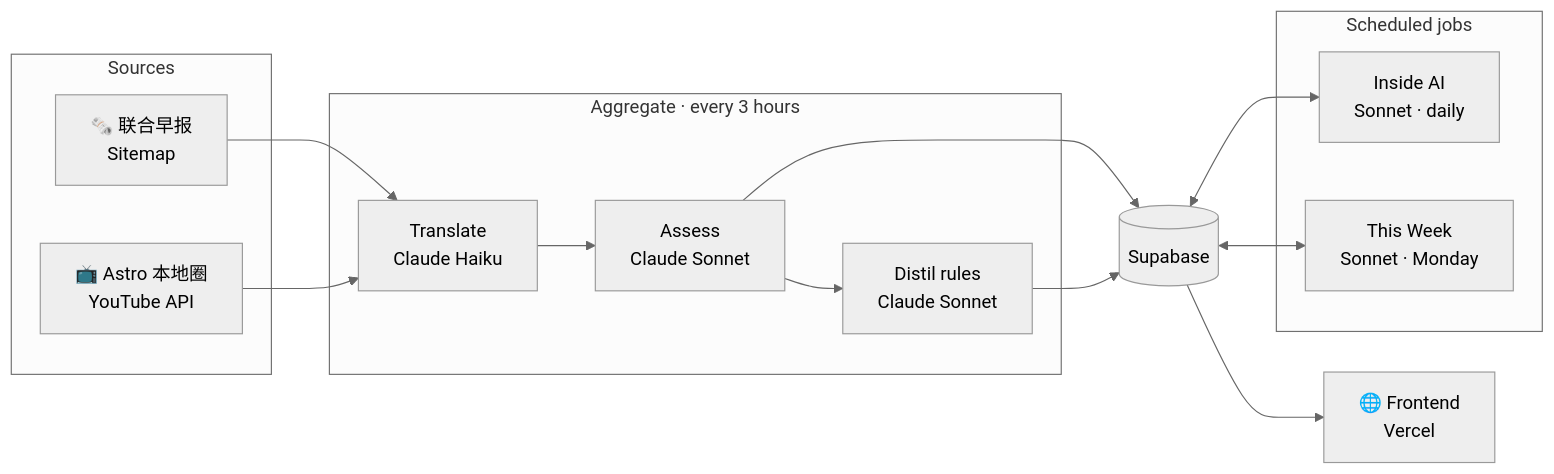
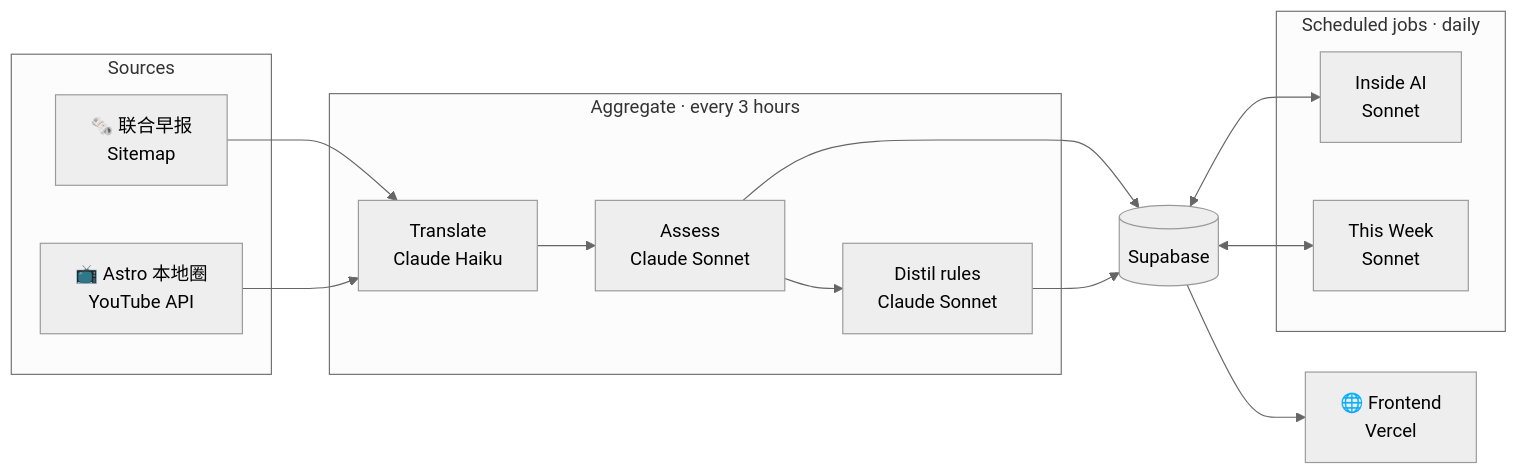
One commit to chiaweiwoo/newslingo changed the diagram in README.md. Above: the diagram before and after it, drawn with Mermaid (neutral theme). The commit also changed other lines of this file, not shown here.

````diff
--- a/README.md
+++ b/README.md
@@ -28,30 +35,30 @@
 ```mermaid
 flowchart LR
     subgraph src["Sources"]
         ZB["🗞️ 联合早报\nSitemap"]
         YT["📺 Astro 本地圈\nYouTube API"]
     end
 
     subgraph agg["Aggregate · every 3 hours"]
         TR["Translate\nClaude Haiku"]
         AS["Assess\nClaude Sonnet"]
         DR["Distil rules\nClaude Sonnet"]
         TR --> AS --> DR
     end
 
     DB[("Supabase")]
 
-    subgraph scheduled["Scheduled jobs"]
-        DG["Inside AI\nSonnet · daily"]
-        WS["This Week\nSonnet · Monday"]
+    subgraph scheduled["Scheduled jobs · daily"]
+        DG["Inside AI\nSonnet"]
+        WS["This Week\nSonnet"]
     end
 
     FE["🌐 Frontend\nVercel"]
 
     ZB & YT --> TR
     AS --> DB
     DR --> DB
     DB <--> DG
     DB <--> WS
     DB --> FE
 ```
````
